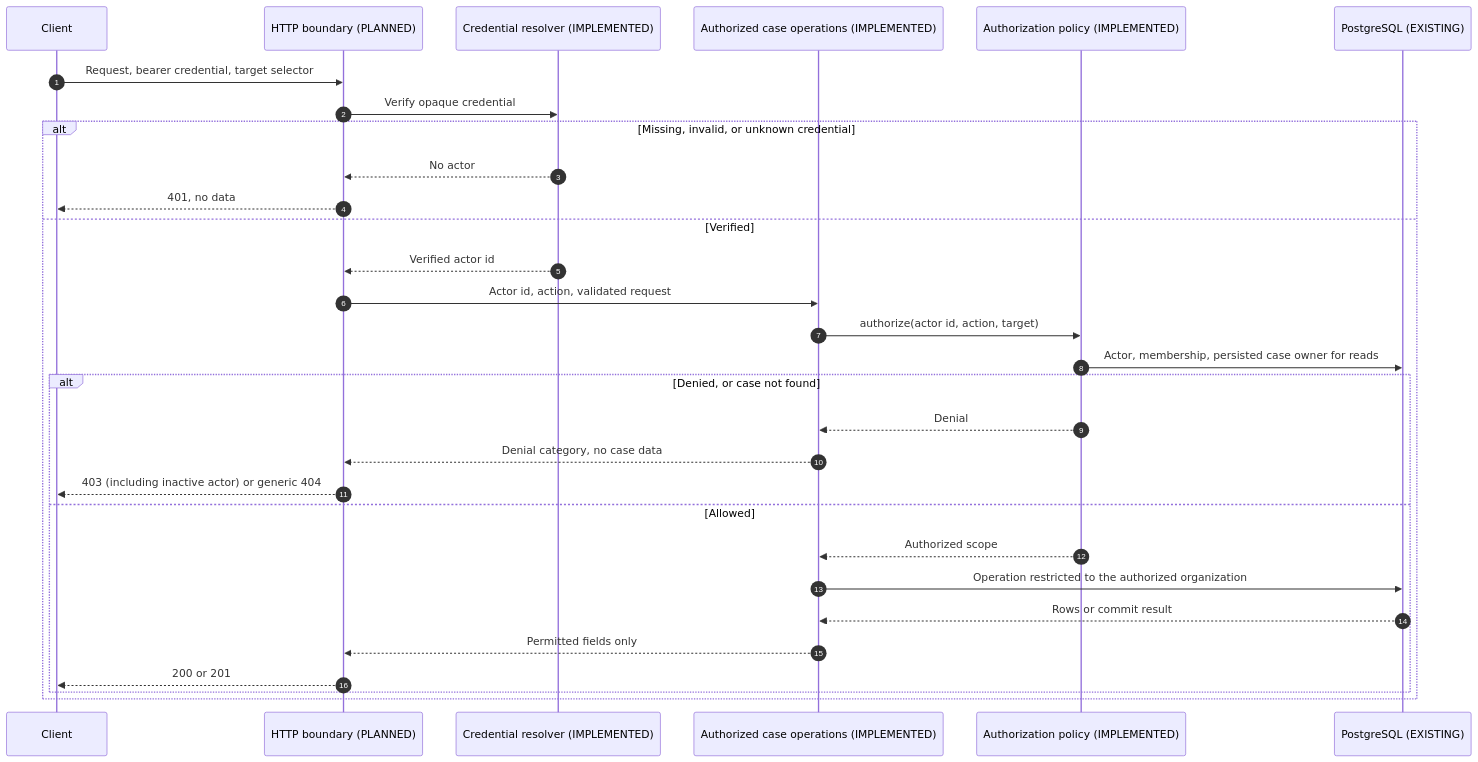
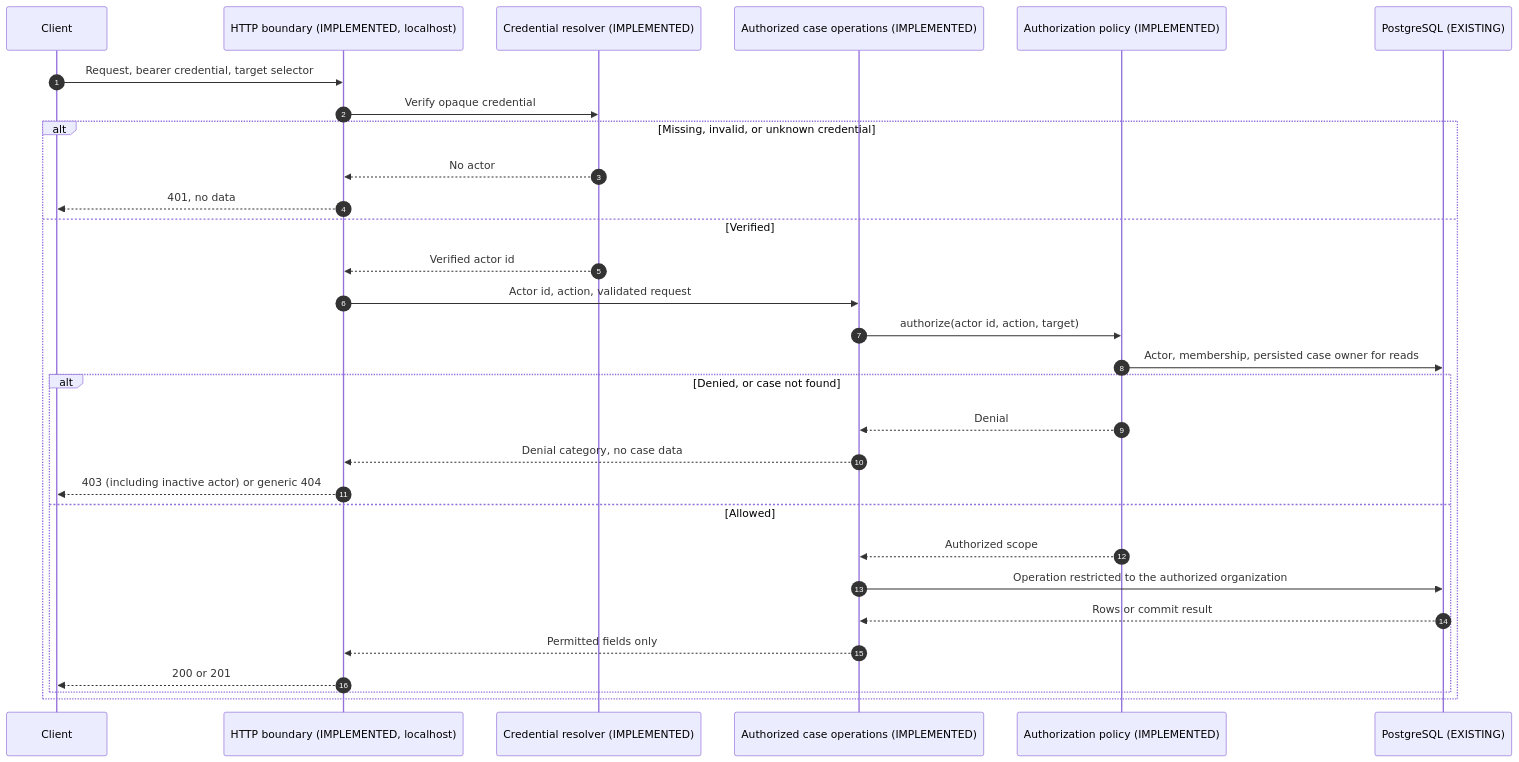
The diagram in docs/authentication-authorization-sequence.md (asadhanif3188/Enterprise-AI-Service-Operations), drawn with Mermaid before and after one commit. The commit also changed other lines of this file and 15 other files, not shown here.

First line of the commit message:
feat: expose authorized case operations through local HTTP API

````diff
--- a/docs/authentication-authorization-sequence.md
+++ b/docs/authentication-authorization-sequence.md
@@ -82,32 +83,32 @@
 ```mermaid
 sequenceDiagram
     autonumber
     participant C as Client
-    participant API as HTTP boundary (PLANNED)
+    participant API as HTTP boundary (IMPLEMENTED, localhost)
     participant AN as Credential resolver (IMPLEMENTED)
     participant OPS as Authorized case operations (IMPLEMENTED)
     participant POL as Authorization policy (IMPLEMENTED)
     participant DB as PostgreSQL (EXISTING)
     C->>API: Request, bearer credential, target selector
     API->>AN: Verify opaque credential
     alt Missing, invalid, or unknown credential
         AN-->>API: No actor
         API-->>C: 401, no data
     else Verified
         AN-->>API: Verified actor id
         API->>OPS: Actor id, action, validated request
         OPS->>POL: authorize(actor id, action, target)
         POL->>DB: Actor, membership, persisted case owner for reads
         alt Denied, or case not found
             POL-->>OPS: Denial
             OPS-->>API: Denial category, no case data
             API-->>C: 403 (including inactive actor) or generic 404
         else Allowed
             POL-->>OPS: Authorized scope
             OPS->>DB: Operation restricted to the authorized organization
             DB-->>OPS: Rows or commit result
             OPS-->>API: Permitted fields only
             API-->>C: 200 or 201
         end
     end
 ```
````
